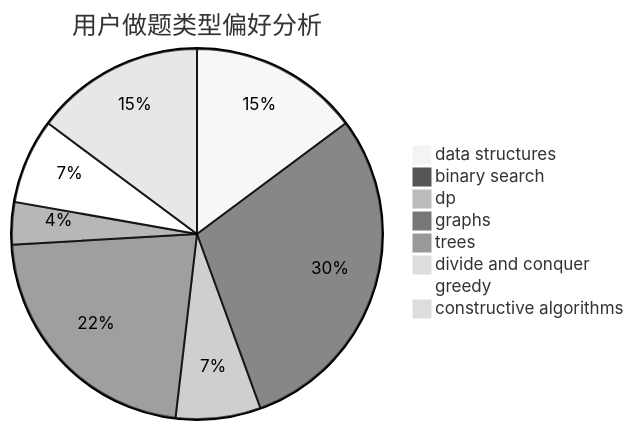
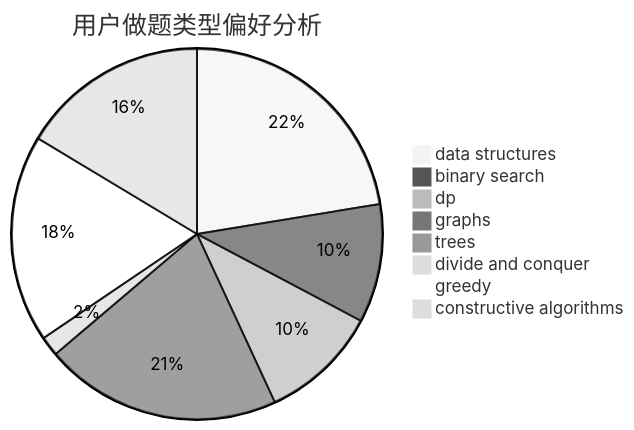
Before and after one commit to sherpahu/cfrs.github.io: the second of 3 diagrams in docs/user/u1252.md, drawn with Mermaid (neutral theme). The commit also changed other lines of this file and 2770 other files, not shown here.

````diff
--- a/docs/user/u1252.md
+++ b/docs/user/u1252.md
@@ -23,11 +23,11 @@
 ```mermaid
 pie title 用户做题类型偏好分析
-    "data structures" :  4
-    "binary search" :  8
-    "dp" :  2
-    "graphs" :  6
-    "trees" :  1
-    "divide and conquer" :  0
-    "greedy" :  2
-    "constructive algorithms" :  4
+    "data structures" :  26
+    "binary search" :  12
+    "dp" :  12
+    "graphs" :  24
+    "trees" :  0
+    "divide and conquer" :  2
+    "greedy" :  21
+    "constructive algorithms" :  19
 ```
````
